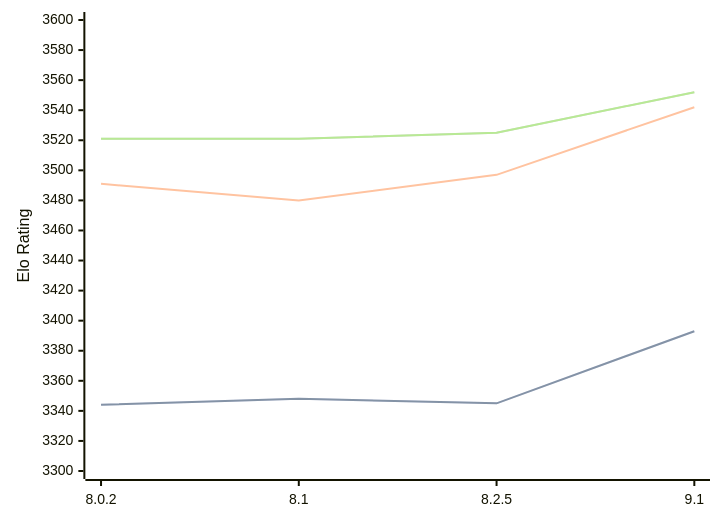
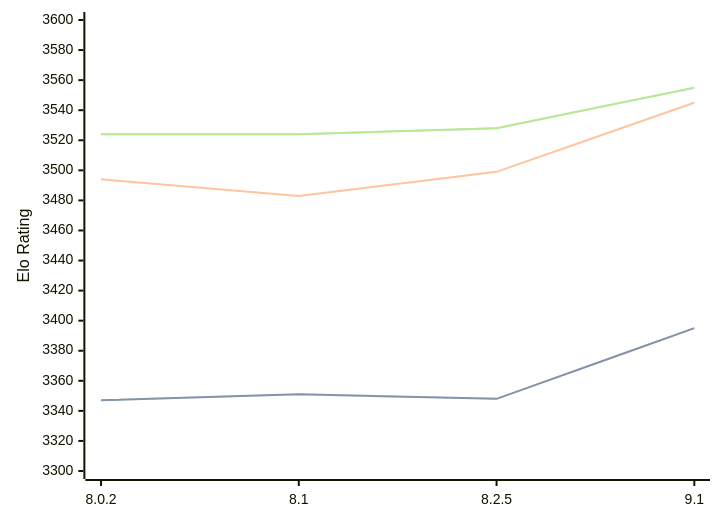
Before and after one commit to computer-chess-index/cci: the diagram in engines/Clover.md, drawn with Mermaid. The commit also changed other lines of this file, not shown here.

Commit message:
Update CCI Ratings (ELO VLTC) - 2026-09-24

````diff
--- a/engines/Clover.md
+++ b/engines/Clover.md
@@ -35,11 +35,11 @@
 ```mermaid
 %%{init: {"theme":"base","themeVariables":{"seriesColors:['#a3a3a3','#222221','#faa371']}}}%%
 xychart-beta
   x-axis ["8.0.2", "8.1", "8.2.5", "9.1"]
   y-axis "Elo Rating" 3300 --> 3600
-  line "" [3344, 3348, 3345, 3393]
-  line "STC (8.0+0.08s)" [3344, 3348, 3345, 3393]
-  line "LTC (60.0+0.60s)" [3491, 3480, 3497, 3542]
-  line "" [3521, 3521, 3525, 3552]
-  line "VLTC (2m24s+1.12s)" [3521, 3521, 3525, 3552]
+  line "" [3347, 3351, 3348, 3395]
+  line "STC (8.0+0.08s)" [3347, 3351, 3348, 3395]
+  line "LTC (60.0+0.60s)" [3494, 3483, 3499, 3545]
+  line "" [3524, 3524, 3528, 3555]
+  line "VLTC (2m24s+1.12s)" [3524, 3524, 3528, 3555]
 ```
````
